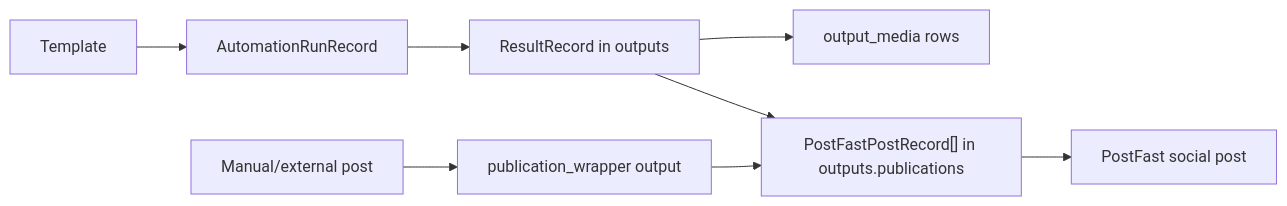
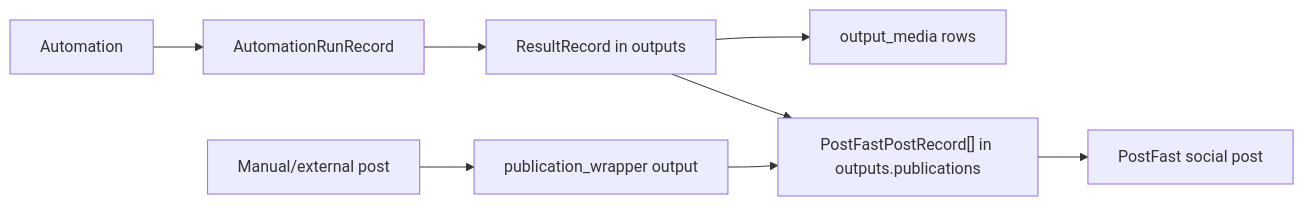
Before and after one commit to xk1234/cfarm: the second of 2 diagrams in docs/data/backend-architecture.md, drawn with Mermaid. The commit also changed other lines of this file and 881 other files, not shown here.

````diff
--- a/docs/data/backend-architecture.md
+++ b/docs/data/backend-architecture.md
@@ -183,11 +208,11 @@
 ```mermaid
 flowchart LR
-    Template --> Run["AutomationRunRecord"]
+    Automation --> Run["AutomationRunRecord"]
     Run --> Result["ResultRecord in outputs"]
     Result --> Media["output_media rows"]
     Result --> Publications["PostFastPostRecord[] in outputs.publications"]
     Publications --> PostFast["PostFast social post"]
 
     Manual["Manual/external post"] --> Wrapper["publication_wrapper output"]
     Wrapper --> Publications
 ```
````
